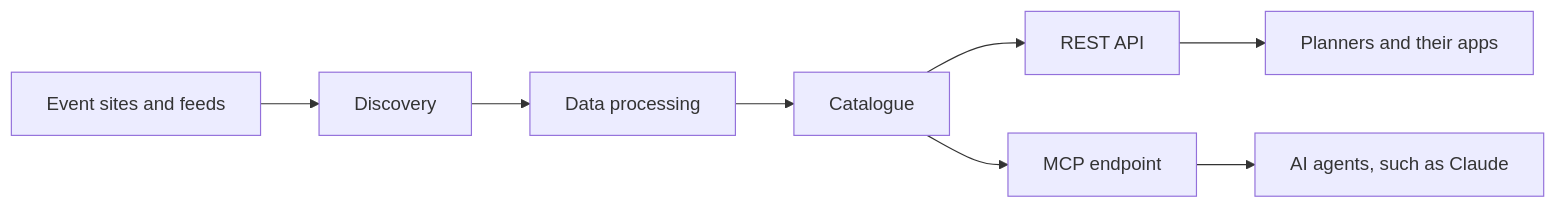
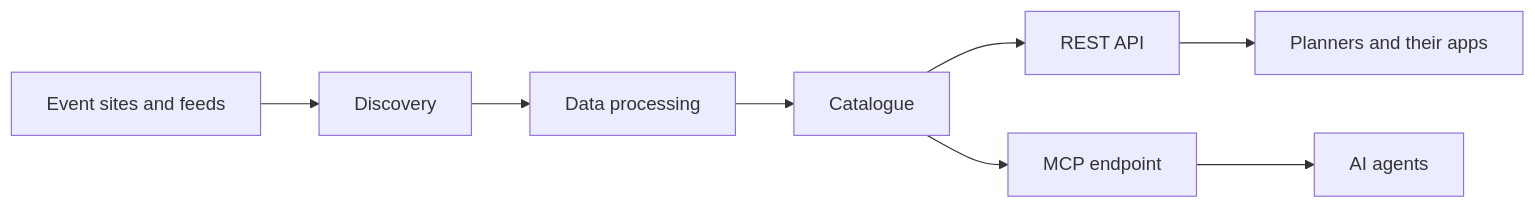
One commit to mdwt/magic-events changed the diagram in README.md. Above: the diagram before and after it, drawn with Mermaid. The commit also changed other lines of this file, not shown here.

````diff
--- a/README.md
+++ b/README.md
@@ -22,10 +22,10 @@
 ```mermaid
 flowchart LR
   SRC[Event sites and feeds] --> DIS[Discovery]
   DIS --> DP[Data processing]
   DP --> CAT[Catalogue]
   CAT --> REST[REST API]
   CAT --> MCP[MCP endpoint]
   REST --> P[Planners and their apps]
-  MCP --> A[AI agents, such as Claude]
+  MCP --> A[AI agents]
 ```
````
